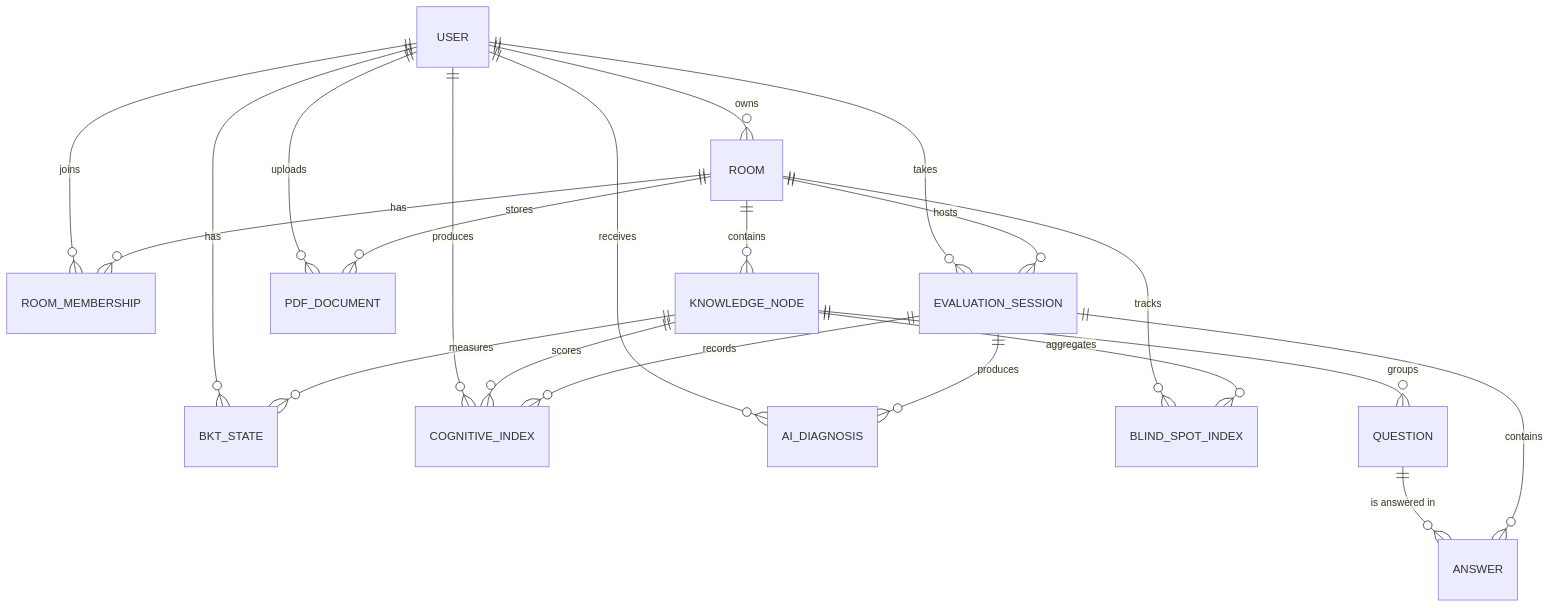
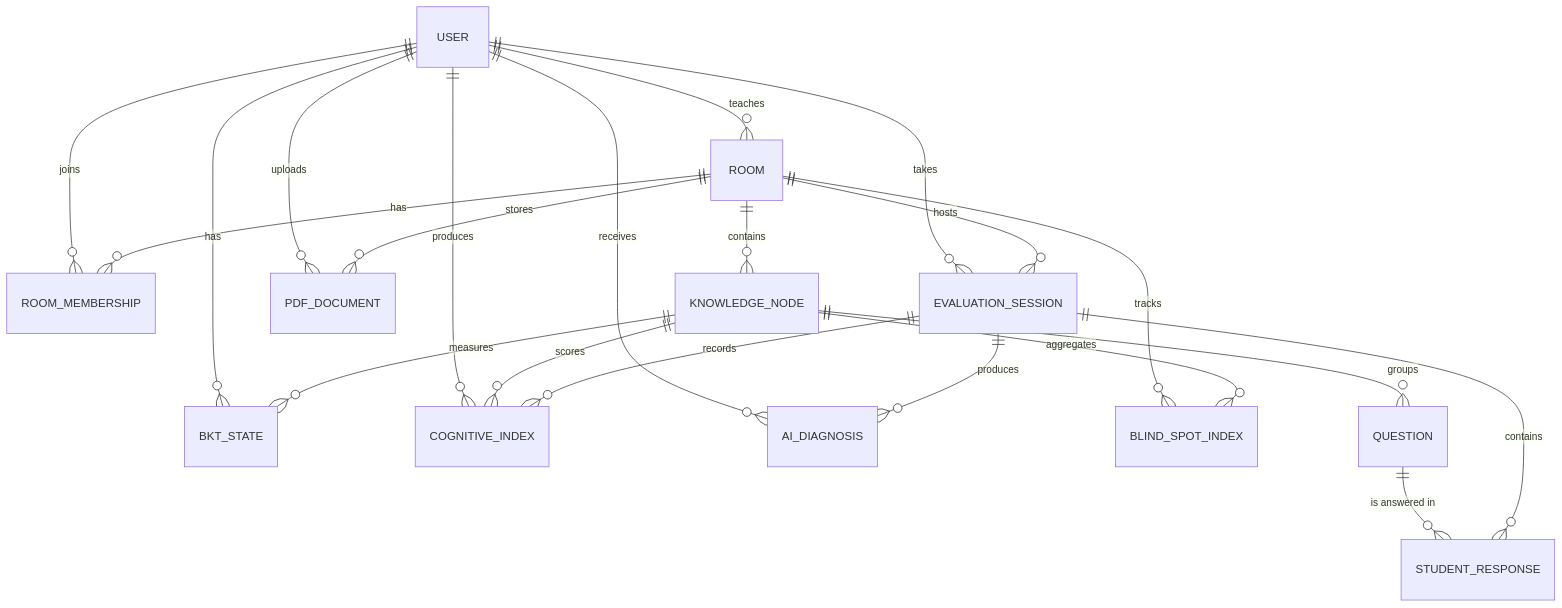
One commit to Eneritzch/Cogniroom changed the diagram in docs/database.md. Above: the diagram before and after it, drawn with Mermaid. The commit also changed other lines of this file and 21 other files, not shown here.

````diff
--- a/docs/database.md
+++ b/docs/database.md
@@ -7,26 +9,26 @@
 ```mermaid
 erDiagram
-    USER ||--o{ ROOM : "owns"
+    USER ||--o{ ROOM : "teaches"
     USER ||--o{ ROOM_MEMBERSHIP : "joins"
     USER ||--o{ EVALUATION_SESSION : "takes"
     USER ||--o{ BKT_STATE : "has"
     USER ||--o{ COGNITIVE_INDEX : "produces"
     USER ||--o{ AI_DIAGNOSIS : "receives"
     USER ||--o{ PDF_DOCUMENT : "uploads"
 
     ROOM ||--o{ ROOM_MEMBERSHIP : "has"
     ROOM ||--o{ KNOWLEDGE_NODE : "contains"
     ROOM ||--o{ PDF_DOCUMENT : "stores"
     ROOM ||--o{ EVALUATION_SESSION : "hosts"
     ROOM ||--o{ BLIND_SPOT_INDEX : "tracks"
 
     KNOWLEDGE_NODE ||--o{ QUESTION : "groups"
     KNOWLEDGE_NODE ||--o{ BKT_STATE : "measures"
     KNOWLEDGE_NODE ||--o{ COGNITIVE_INDEX : "scores"
     KNOWLEDGE_NODE ||--o{ BLIND_SPOT_INDEX : "aggregates"
 
-    QUESTION ||--o{ ANSWER : "is answered in"
-    EVALUATION_SESSION ||--o{ ANSWER : "contains"
+    QUESTION ||--o{ STUDENT_RESPONSE : "is answered in"
+    EVALUATION_SESSION ||--o{ STUDENT_RESPONSE : "contains"
     EVALUATION_SESSION ||--o{ COGNITIVE_INDEX : "records"
     EVALUATION_SESSION ||--o{ AI_DIAGNOSIS : "produces"
 ```
````
